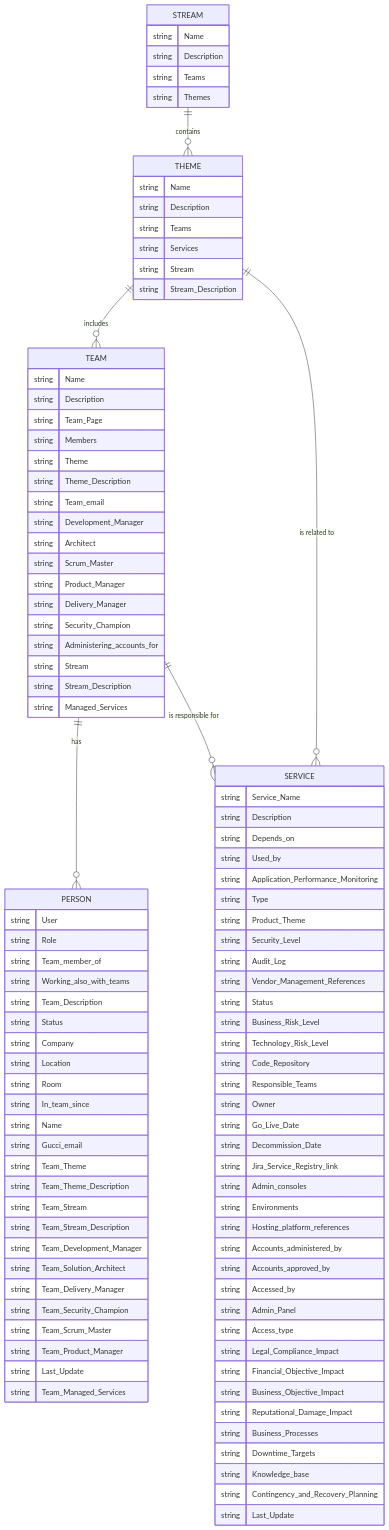
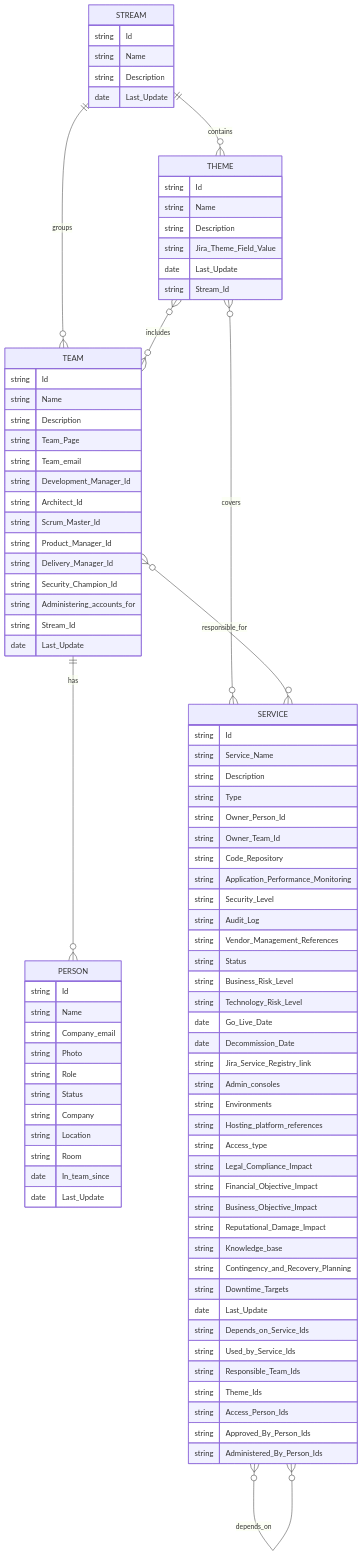
One commit to francesconicolosi/domino-service-dependency-map changed the diagram in README.md. Above: the diagram before and after it, drawn with Mermaid. The commit also changed 1 other file, not shown here.

Commit message:
Adjusting UML

````diff
--- a/README.md
+++ b/README.md
@@ -132,107 +132,102 @@
 ```mermaid
 
 erDiagram
-STREAM {
-string Name
-string Description
-string Teams
-string Themes
-}
-THEME {
-string Name
-string Description
-string Teams
-string Services
-string Stream
-string Stream_Description
-}
-TEAM {
-string Name
-string Description
-string Team_Page
-string Members
-string Theme
-string Theme_Description
-string Team_email
-string Development_Manager
-string Architect
-string Scrum_Master
-string Product_Manager
-string Delivery_Manager
-string Security_Champion
-string Administering_accounts_for
-string Stream
-string Stream_Description
-string Managed_Services
-}
-PERSON {
-string User
-string Role
-string Team_member_of
-string Working_also_with_teams
-string Team_Description
-string Status
-string Company
-string Location
-string Room
-string In_team_since
-string Name
-string Gucci_email
-string Team_Theme
-string Team_Theme_Description
-string Team_Stream
-string Team_Stream_Description
-string Team_Development_Manager
-string Team_Solution_Architect
-string Team_Delivery_Manager
-string Team_Security_Champion
-string Team_Scrum_Master
-string Team_Product_Manager
-string Last_Update
-string Team_Managed_Services
-}
-SERVICE {
-string Service_Name
-string Description
-string Depends_on
-string Used_by
-string Application_Performance_Monitoring
-string Type
-string Product_Theme
-string Security_Level
-string Audit_Log
-string Vendor_Management_References
-string Status
-string Business_Risk_Level
-string Technology_Risk_Level
-string Code_Repository
-string Responsible_Teams
-string Owner
-string Go_Live_Date
-string Decommission_Date
-string Jira_Service_Registry_link
-string Admin_consoles
-string Environments
-string Hosting_platform_references
-string Accounts_administered_by
-string Accounts_approved_by
-string Accessed_by
-string Admin_Panel
-string Access_type
-string Legal_Compliance_Impact
-string Financial_Objective_Impact
-string Business_Objective_Impact
-string Reputational_Damage_Impact
-string Business_Processes
-string Downtime_Targets
-string Knowledge_base
-string Contingency_and_Recovery_Planning
-string Last_Update
-}
+    STREAM {
+        string Id
+        string Name
+        string Description
+        date   Last_Update
+    }
+
+    THEME {
+        string Id
+        string Name
+        string Description
+        string Jira_Theme_Field_Value
+        date   Last_Update
+        string Stream_Id
+    }
+
+    TEAM {
+        string Id
+        string Name
+        string Description
+        string Team_Page
+        string Team_email
+        string Development_Manager_Id
+        string Architect_Id
+        string Scrum_Master_Id
+        string Product_Manager_Id
+        string Delivery_Manager_Id
+        string Security_Champion_Id
+        string Administering_accounts_for
+        string Stream_Id
+        date   Last_Update
+    }
+
+    PERSON {
+        string Id
+        string Name
+        string Company_email
+        string Photo
+        string Role
+        string Status
+        string Company
+        string Location
+        string Room
+        date   In_team_since
+        date   Last_Update
+    }
+
+    SERVICE {
+        string Id
+        string Service_Name
+        string Description
+        string Type
+        string Owner_Person_Id
+        string Owner_Team_Id
+        string Code_Repository
+        string Application_Performance_Monitoring
+        string Security_Level
+        string Audit_Log
+        string Vendor_Management_References
+        string Status
+        string Business_Risk_Level
+        string Technology_Risk_Level
+        date   Go_Live_Date
+        date   Decommission_Date
+        string Jira_Service_Registry_link
+        string Admin_consoles
+        string Environments
+        string Hosting_platform_references
+        string Access_type
+        string Legal_Compliance_Impact
+        string Financial_Objective_Impact
+        string Business_Objective_Impact
+        string Reputational_Damage_Impact
+        string Knowledge_base
+        string Contingency_and_Recovery_Planning
+        string Downtime_Targets
+        date   Last_Update
+        string Depends_on_Service_Ids
+        string Used_by_Service_Ids
+        string Responsible_Team_Ids
+        string Theme_Ids
+        string Access_Person_Ids
+        string Approved_By_Person_Ids
+        string Administered_By_Person_Ids
+    }
 
     STREAM ||--o{ THEME : contains
-    THEME ||--o{ TEAM : includes
-    TEAM ||--o{ PERSON : has
-    THEME ||--o{ SERVICE : "is related to"
-    TEAM ||--o{ SERVICE : "is responsible for"
+    STREAM ||--o{ TEAM  : groups
+
+    THEME }o--o{ TEAM  : includes
+    THEME }o--o{ SERVICE : covers
+
+    TEAM  ||--o{ PERSON : has
+
+    TEAM  }o--o{ SERVICE : responsible_for
+
+    SERVICE }o--o{ SERVICE : depends_on
+
 ```
````
